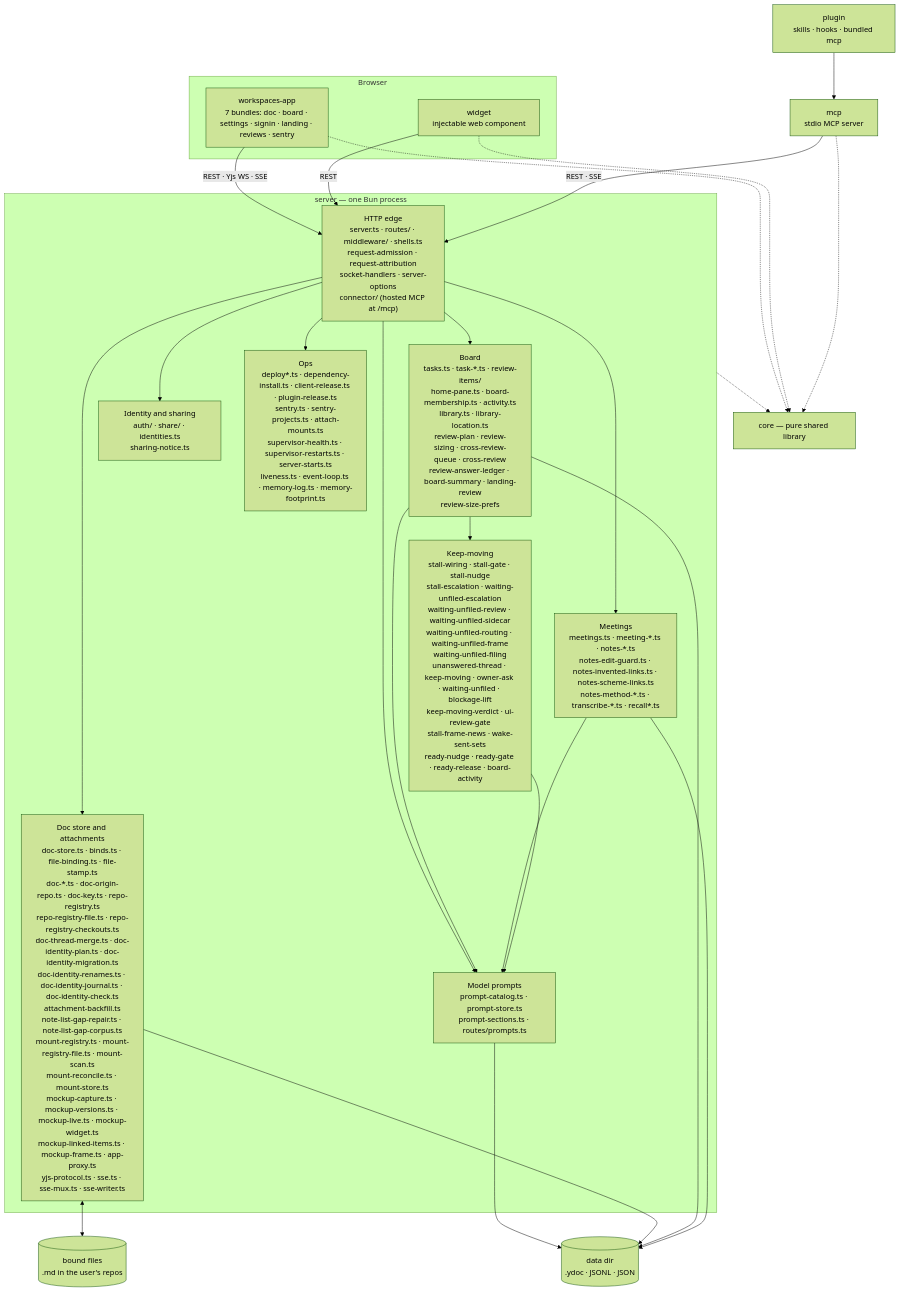
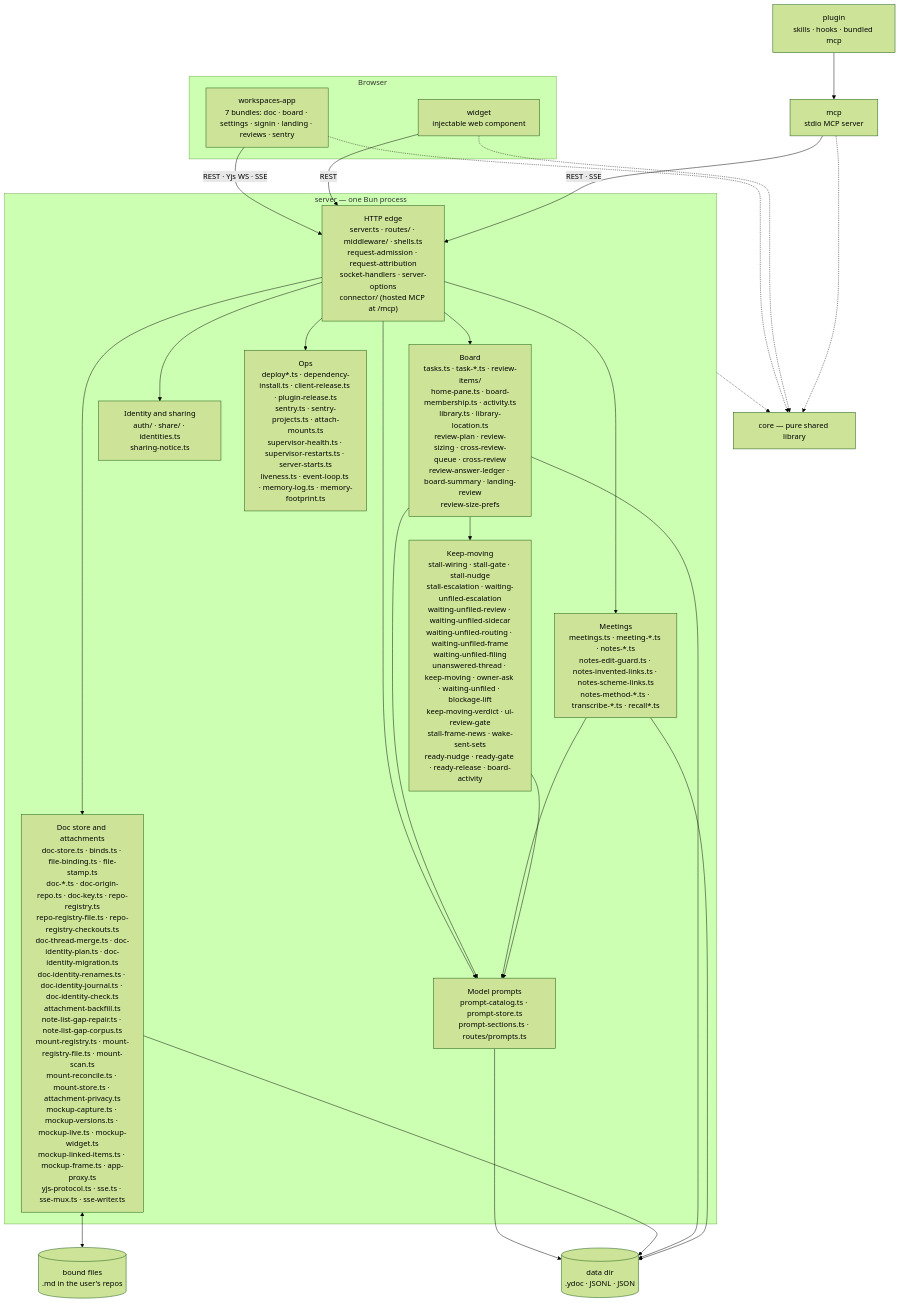
One commit to fryanpan/claude-workspaces-plugin changed the first of 2 diagrams in docs/architecture/overview.md. Above: the diagram before and after it, drawn with Mermaid (forest theme). The commit also changed other lines of this file and 26 other files, not shown here.

````diff
--- a/docs/architecture/overview.md
+++ b/docs/architecture/overview.md
@@ -45,35 +45,35 @@
 ```mermaid
 flowchart TB
   subgraph browser[Browser]
     app["workspaces-app<br/>7 bundles: doc · board · settings · signin · landing · reviews · sentry"]
     wid["widget<br/>injectable web component"]
   end
   plug["plugin<br/>skills · hooks · bundled mcp"]
   mcp["mcp<br/>stdio MCP server"]
   subgraph srv["server — one Bun process"]
     edge["HTTP edge<br/>server.ts · routes/ · middleware/ · shells.ts<br/>request-admission · request-attribution<br/>socket-handlers · server-options<br/>connector/ (hosted MCP at /mcp)"]
-    docs["Doc store and attachments<br/>doc-store.ts · binds.ts · file-binding.ts · file-stamp.ts<br/>doc-*.ts · doc-origin-repo.ts · doc-key.ts · repo-registry.ts<br/>repo-registry-file.ts · repo-registry-checkouts.ts<br/>doc-thread-merge.ts · doc-identity-plan.ts · doc-identity-migration.ts<br/>doc-identity-renames.ts · doc-identity-journal.ts · doc-identity-check.ts<br/>attachment-backfill.ts<br/>note-list-gap-repair.ts · note-list-gap-corpus.ts<br/>mount-registry.ts · mount-registry-file.ts · mount-scan.ts<br/>mount-reconcile.ts · mount-store.ts<br/>mockup-capture.ts · mockup-versions.ts · mockup-live.ts · mockup-widget.ts<br/>mockup-linked-items.ts · mockup-frame.ts · app-proxy.ts<br/>yjs-protocol.ts · sse.ts · sse-mux.ts · sse-writer.ts"]
+    docs["Doc store and attachments<br/>doc-store.ts · binds.ts · file-binding.ts · file-stamp.ts<br/>doc-*.ts · doc-origin-repo.ts · doc-key.ts · repo-registry.ts<br/>repo-registry-file.ts · repo-registry-checkouts.ts<br/>doc-thread-merge.ts · doc-identity-plan.ts · doc-identity-migration.ts<br/>doc-identity-renames.ts · doc-identity-journal.ts · doc-identity-check.ts<br/>attachment-backfill.ts<br/>note-list-gap-repair.ts · note-list-gap-corpus.ts<br/>mount-registry.ts · mount-registry-file.ts · mount-scan.ts<br/>mount-reconcile.ts · mount-store.ts · attachment-privacy.ts<br/>mockup-capture.ts · mockup-versions.ts · mockup-live.ts · mockup-widget.ts<br/>mockup-linked-items.ts · mockup-frame.ts · app-proxy.ts<br/>yjs-protocol.ts · sse.ts · sse-mux.ts · sse-writer.ts"]
     board["Board<br/>tasks.ts · task-*.ts · review-items/<br/>home-pane.ts · board-membership.ts · activity.ts<br/>library.ts · library-location.ts<br/>review-plan · review-sizing · cross-review-queue · cross-review<br/>review-answer-ledger · board-summary · landing-review<br/>review-size-prefs"]
     meet["Meetings<br/>meetings.ts · meeting-*.ts · notes-*.ts<br/>notes-edit-guard.ts · notes-invented-links.ts · notes-scheme-links.ts<br/>notes-method-*.ts · transcribe-*.ts · recall*.ts"]
     keep["Keep-moving<br/>stall-wiring · stall-gate · stall-nudge<br/>stall-escalation · waiting-unfiled-escalation<br/>waiting-unfiled-review · waiting-unfiled-sidecar<br/>waiting-unfiled-routing · waiting-unfiled-frame<br/>waiting-unfiled-filing<br/>unanswered-thread · keep-moving · owner-ask · waiting-unfiled · blockage-lift<br/>keep-moving-verdict · ui-review-gate<br/>stall-frame-news · wake-sent-sets<br/>ready-nudge · ready-gate · ready-release · board-activity"]
     ident["Identity and sharing<br/>auth/ · share/ · identities.ts<br/>sharing-notice.ts"]
     prompts["Model prompts<br/>prompt-catalog.ts · prompt-store.ts<br/>prompt-sections.ts · routes/prompts.ts"]
     ops["Ops<br/>deploy*.ts · dependency-install.ts · client-release.ts · plugin-release.ts<br/>sentry.ts · sentry-projects.ts · attach-mounts.ts<br/>supervisor-health.ts · supervisor-restarts.ts · server-starts.ts<br/>liveness.ts · event-loop.ts · memory-log.ts · memory-footprint.ts"]
   end
   core["core — pure shared library"]
   disk[("data dir<br/>.ydoc · JSONL · JSON")]
   files[("bound files<br/>.md in the user's repos")]
 
   app -->|"REST · Yjs WS · SSE"| edge
   wid -->|REST| edge
   plug --> mcp
   mcp -->|"REST · SSE"| edge
   edge --> docs & board & meet & ident & ops & prompts
   board & meet & keep --> prompts
   prompts --> disk
   board --> keep
   docs <--> files
   docs & board & meet --> disk
   app & wid & mcp -.-> core
   srv -.-> core
 ```
````
